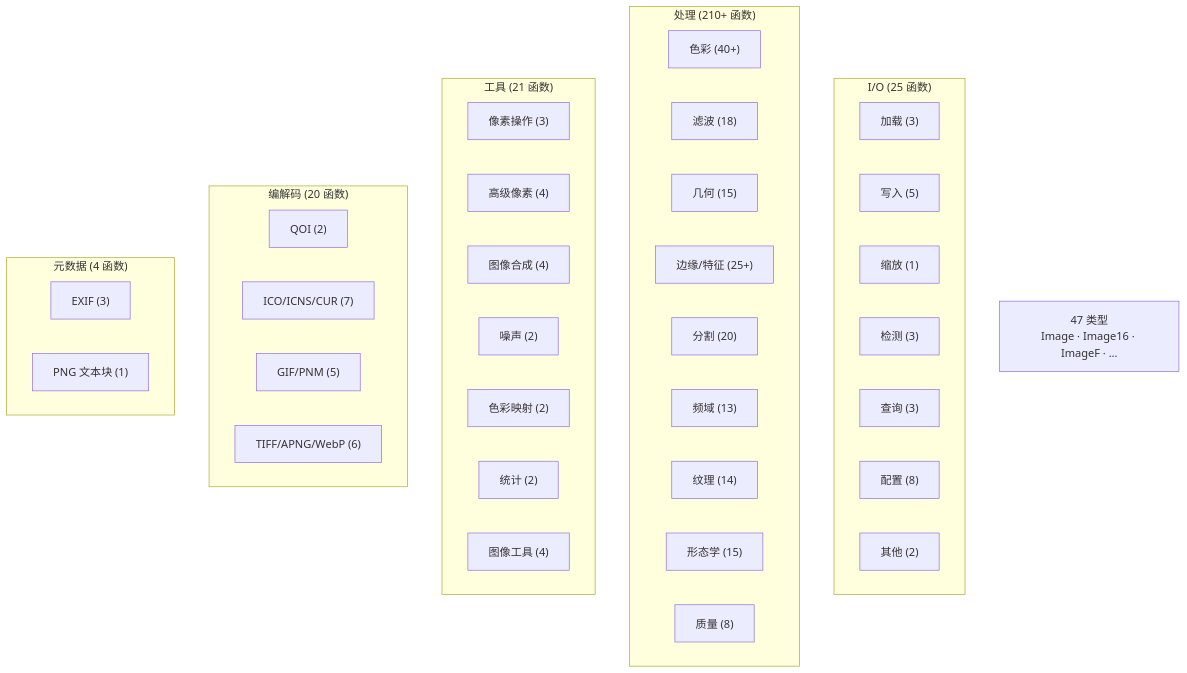
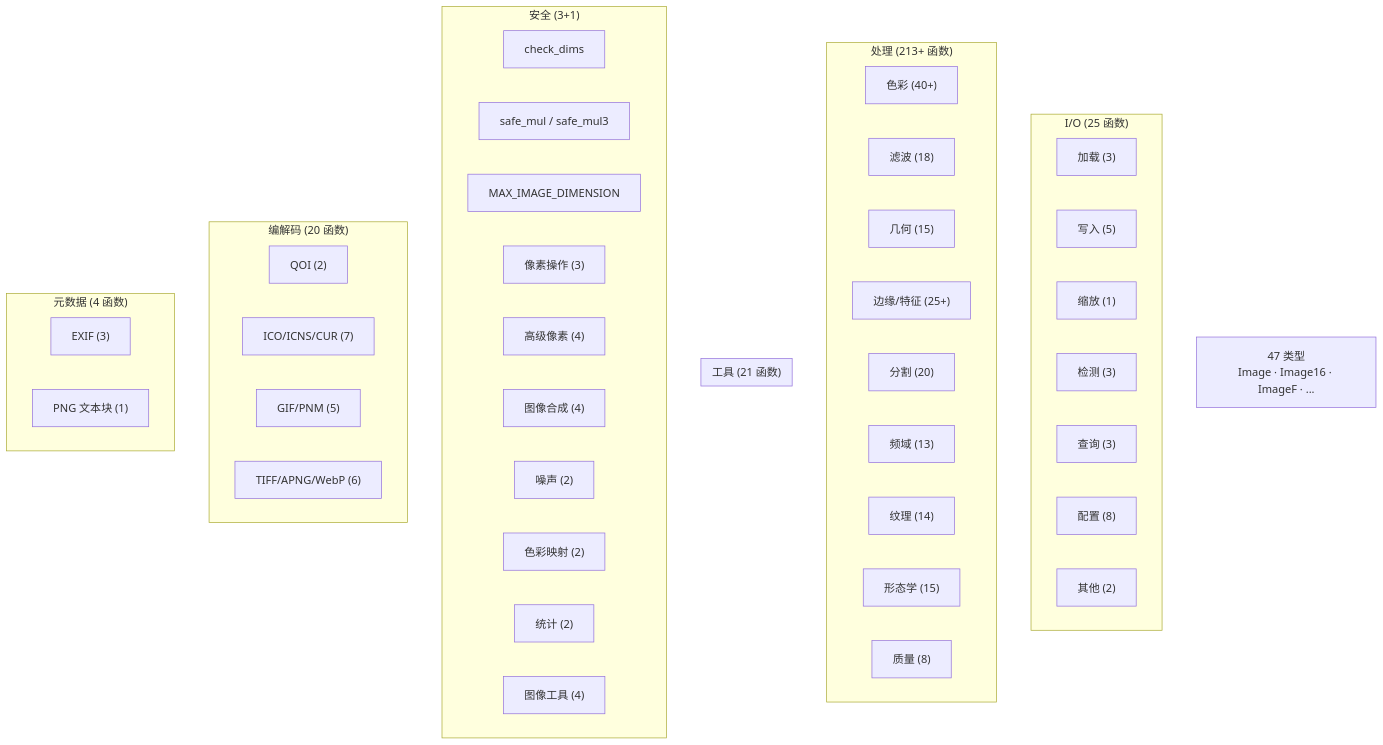
Diagram 13 of 14 in docs/architecture.md (toadium/stb-image), drawn with Mermaid before and after one commit. The commit also changed other lines of this file and 11 other files, not shown here.

````diff
--- a/docs/architecture.md
+++ b/docs/architecture.md
@@ -412,48 +412,53 @@
 ```mermaid
 flowchart TB
     subgraph IO["I/O (25 函数)"]
         Load["加载 (3)"]
         Write["写入 (5)"]
         Resize["缩放 (1)"]
         Detect["检测 (3)"]
         Query["查询 (3)"]
         Config["配置 (8)"]
         FileIO["其他 (2)"]
     end
 
-    subgraph Proc["处理 (210+ 函数)"]
+    subgraph Proc["处理 (213+ 函数)"]
         Color["色彩 (40+)"]
         Filter["滤波 (18)"]
         Geo["几何 (15)"]
         Edge["边缘/特征 (25+)"]
         Seg["分割 (20)"]
         Freq["频域 (13)"]
         Tex["纹理 (14)"]
         Morph["形态学 (15)"]
         Qual["质量 (8)"]
     end
 
     subgraph UtilFn["工具 (21 函数)"]
+    end
+    subgraph Safety["安全 (3+1)"]
+        CheckDims["check_dims"]
+        SafeMul["safe_mul / safe_mul3"]
+        MaxDim["MAX_IMAGE_DIMENSION"]
         Pixel["像素操作 (3)"]
         PixelAdv["高级像素 (4)"]
         Compose["图像合成 (4)"]
         Noise["噪声 (2)"]
         ColorMap["色彩映射 (2)"]
         Stats["统计 (2)"]
         UtilMisc["图像工具 (4)"]
     end
 
     subgraph Codec["编解码 (20 函数)"]
         QOI["QOI (2)"]
         ICO["ICO/ICNS/CUR (7)"]
         GIF["GIF/PNM (5)"]
         TIFF["TIFF/APNG/WebP (6)"]
     end
 
     subgraph MetaFn["元数据 (4 函数)"]
         EXIF["EXIF (3)"]
         PNG["PNG 文本块 (1)"]
     end
 
     Types["47 类型<br/>Image · Image16 · ImageF · ..."]
 ```
````
